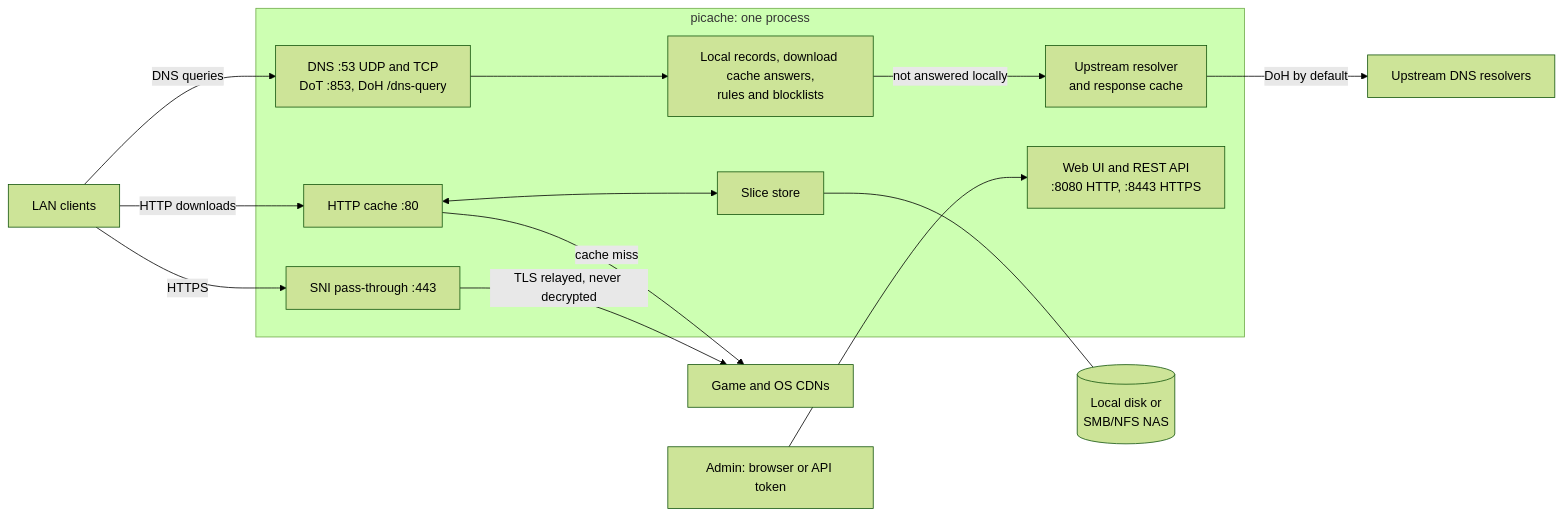
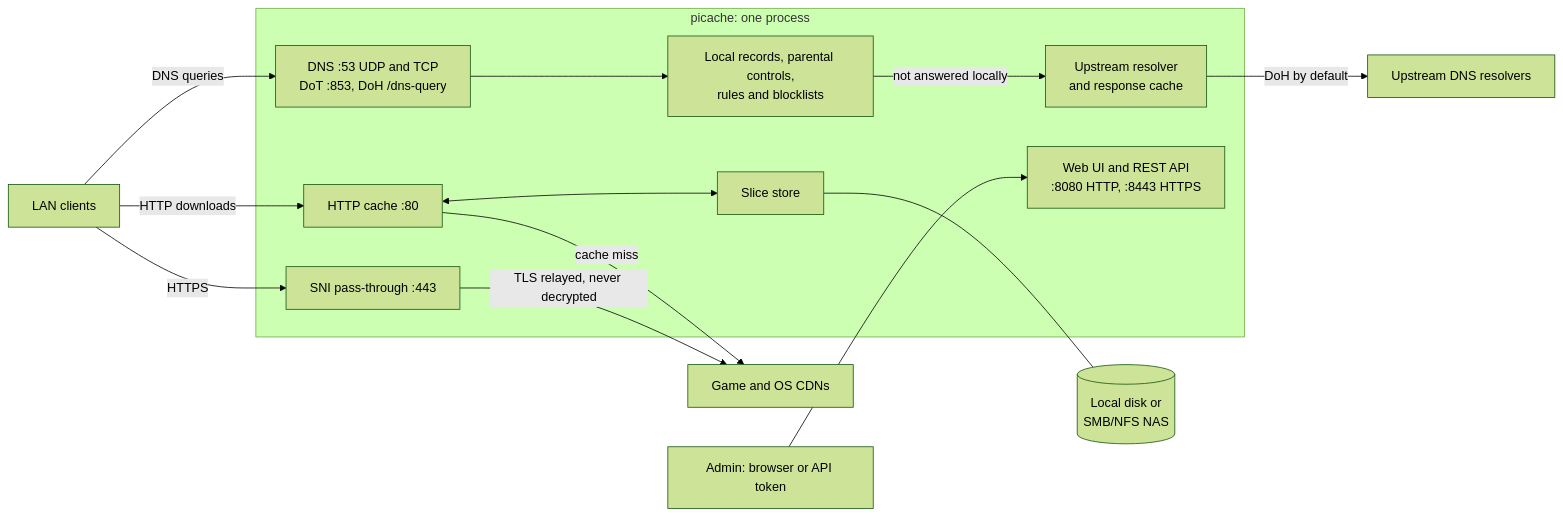
The diagram in README.md (Hustenreizjuengling/PiCache), drawn with Mermaid (forest theme) before and after one commit. The commit also changed other lines of this file and 107 other files, not shown here.

````diff
--- a/README.md
+++ b/README.md
@@ -360,28 +427,28 @@
 ```mermaid
 flowchart LR
     clients["LAN clients"]
     admin["Admin: browser or API token"]
 
     subgraph picache["picache: one process"]
         dns["DNS :53 UDP and TCP<br/>DoT :853, DoH /dns-query"]
-        pipeline["Local records, download cache answers,<br/>rules and blocklists"]
+        pipeline["Local records, parental controls,<br/>rules and blocklists"]
         resolver["Upstream resolver<br/>and response cache"]
         proxy["HTTP cache :80"]
         sni["SNI pass-through :443"]
         web["Web UI and REST API<br/>:8080 HTTP, :8443 HTTPS"]
         store["Slice store"]
     end
 
     upstreams["Upstream DNS resolvers"]
     cdns["Game and OS CDNs"]
     disk[("Local disk or<br/>SMB/NFS NAS")]
 
     clients -->|DNS queries| dns --> pipeline -->|not answered locally| resolver -->|DoH by default| upstreams
     clients -->|HTTP downloads| proxy
     clients -->|HTTPS| sni
     proxy <--> store
     store --- disk
     proxy -->|cache miss| cdns
     sni -->|TLS relayed, never decrypted| cdns
     admin --> web
 ```
````
